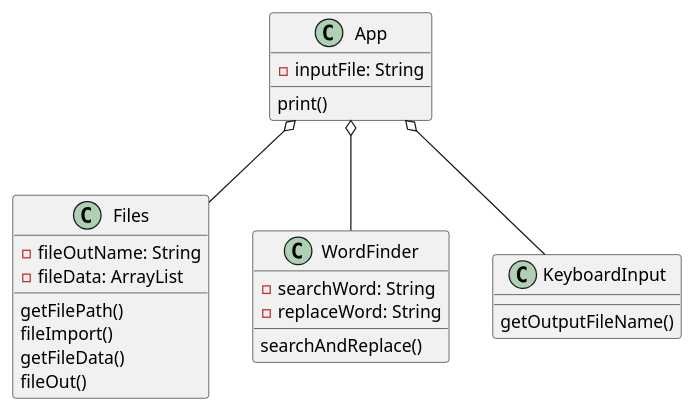
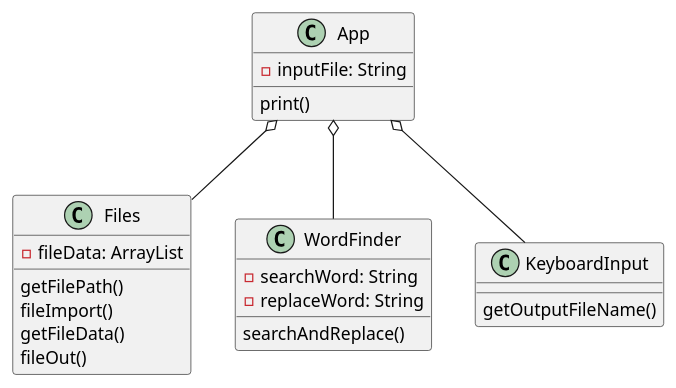
Before and after one commit to kingraham228/Ingraham-cop3330-assignment3: the diagram in src/main/java/ex45/WordFinder.puml, drawn with PlantUML. The commit also changed 5 other files, not shown here.

```diff
--- a/src/main/java/ex45/WordFinder.puml
+++ b/src/main/java/ex45/WordFinder.puml
@@ -1,29 +1,28 @@
 @startuml
 class App{
 -inputFile: String
 print()
 }
 
 class Files{
--fileOutName: String
 -fileData: ArrayList
 getFilePath()
 fileImport()
 getFileData()
 fileOut()
 }
 
 class WordFinder{
 -searchWord: String
 -replaceWord: String
 searchAndReplace()
 }
 
 class KeyboardInput{
 getOutputFileName()
 }
 
 App o-- Files
 App o-- WordFinder
 App o-- KeyboardInput
 @enduml
```
